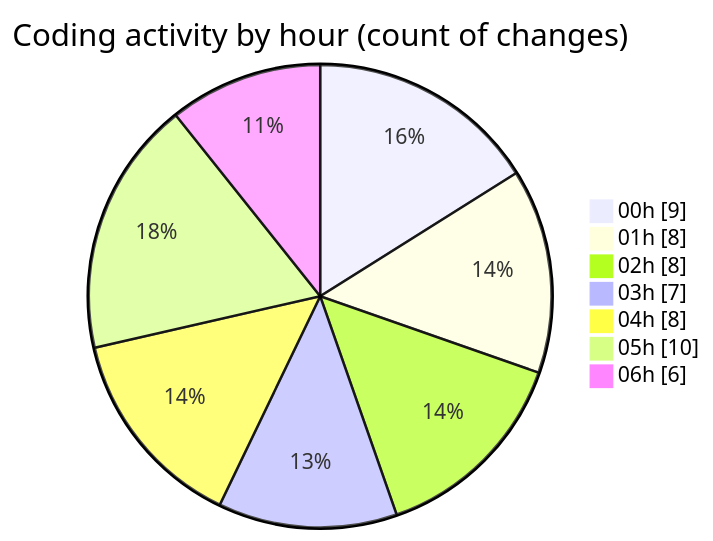
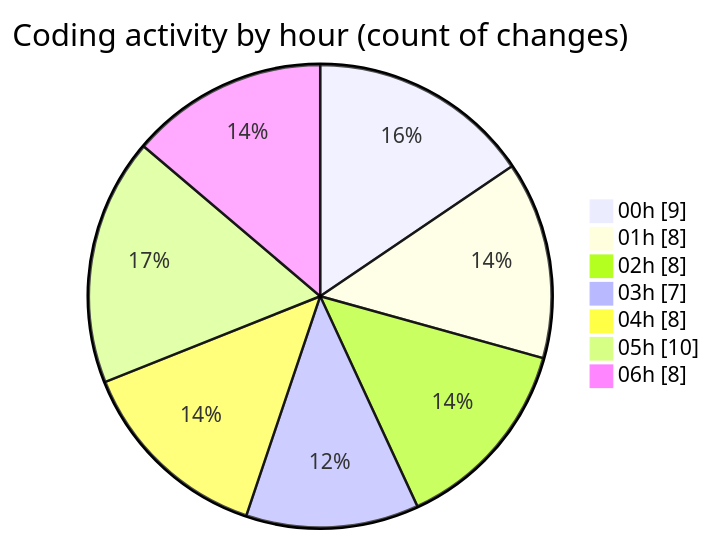
The second of 2 diagrams in 2025-07-14/telebot/README.md (jrari/code-tracking), drawn with Mermaid before and after one commit. The commit also changed other lines of this file and 1 other file, not shown here.

````diff
--- a/2025-07-14/telebot/README.md
+++ b/2025-07-14/telebot/README.md
@@ -54,11 +55,11 @@
 ```mermaid
 pie showData
 title Coding activity by hour (count of changes)
 "00h" : 9
 "01h" : 8
 "02h" : 8
 "03h" : 7
 "04h" : 8
 "05h" : 10
-"06h" : 6
+"06h" : 8
 ```
````
